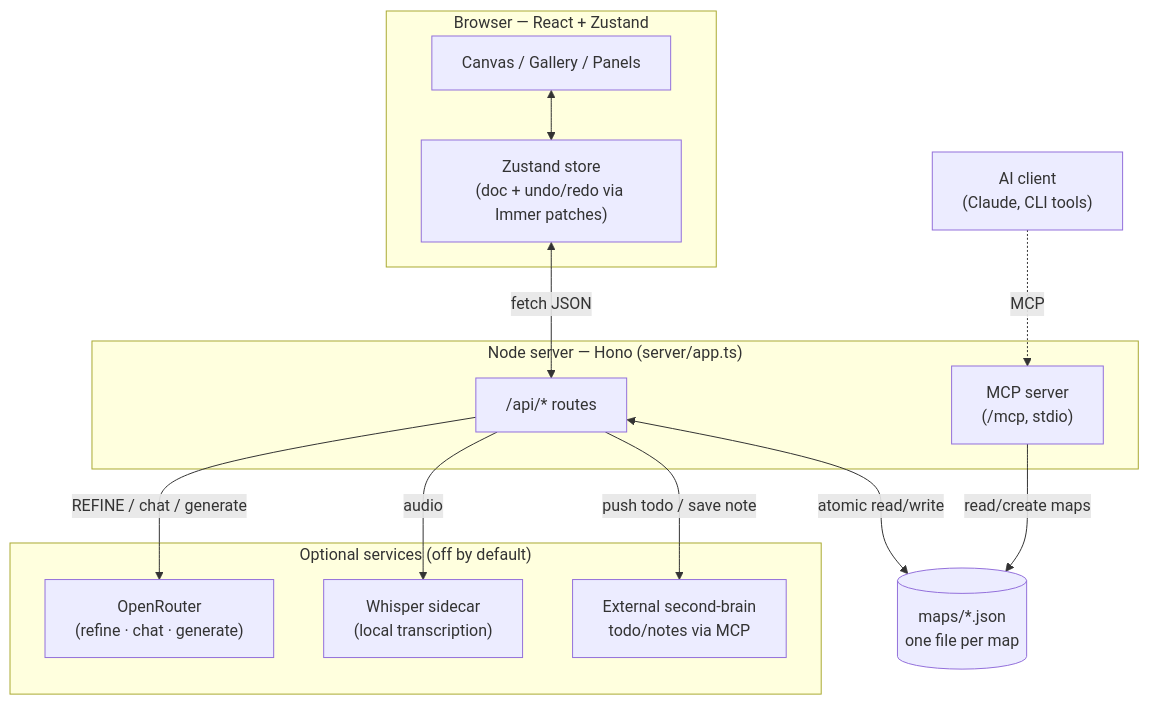
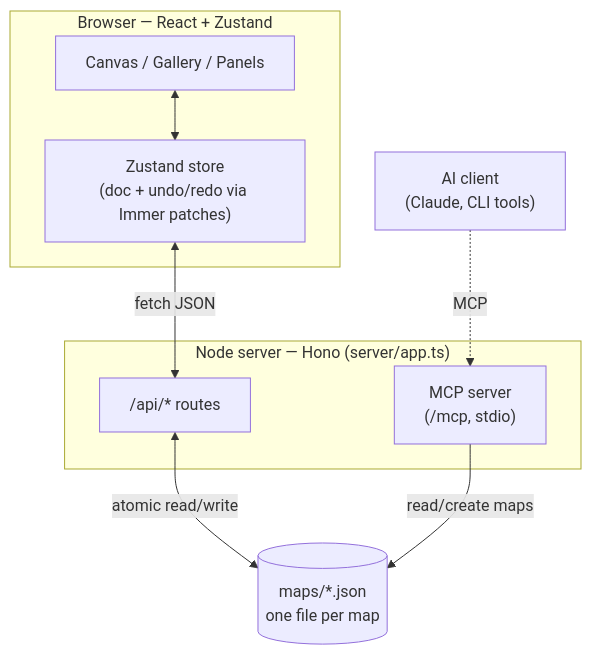
Before and after one commit to JoanClaverol/mind-map: the diagram in ARCHITECTURE.md, drawn with Mermaid. The commit also changed other lines of this file and 45 other files, not shown here.

````diff
--- a/ARCHITECTURE.md
+++ b/ARCHITECTURE.md
@@ -13,30 +12,21 @@
 ```mermaid
 flowchart TD
     subgraph Browser["Browser — React + Zustand"]
         UI["Canvas / Gallery / Panels"]
         Store["Zustand store<br/>(doc + undo/redo via Immer patches)"]
         UI <--> Store
     end
 
     subgraph Server["Node server — Hono (server/app.ts)"]
         API["/api/* routes"]
         MCPin["MCP server<br/>(/mcp, stdio)"]
     end
 
     Maps[("maps/*.json<br/>one file per map")]
 
-    subgraph Optional["Optional services (off by default)"]
-        OR["OpenRouter<br/>(refine · chat · generate)"]
-        Whisper["Whisper sidecar<br/>(local transcription)"]
-        Brain["External second-brain<br/>todo/notes via MCP"]
-    end
-
     Store <-->|fetch JSON| API
     API <-->|atomic read/write| Maps
-    API -->|REFINE / chat / generate| OR
-    API -->|audio| Whisper
-    API -->|push todo / save note| Brain
     MCPin -->|read/create maps| Maps
 
     AIclient["AI client<br/>(Claude, CLI tools)"] -.->|MCP| MCPin
 ```
````
